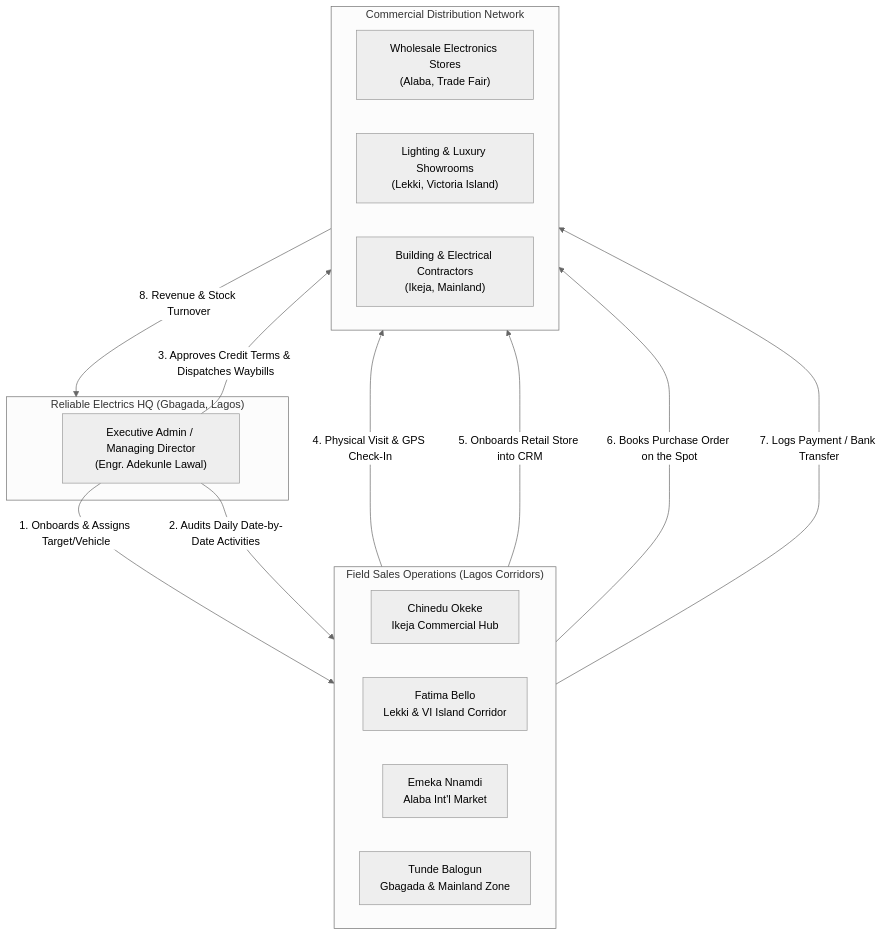
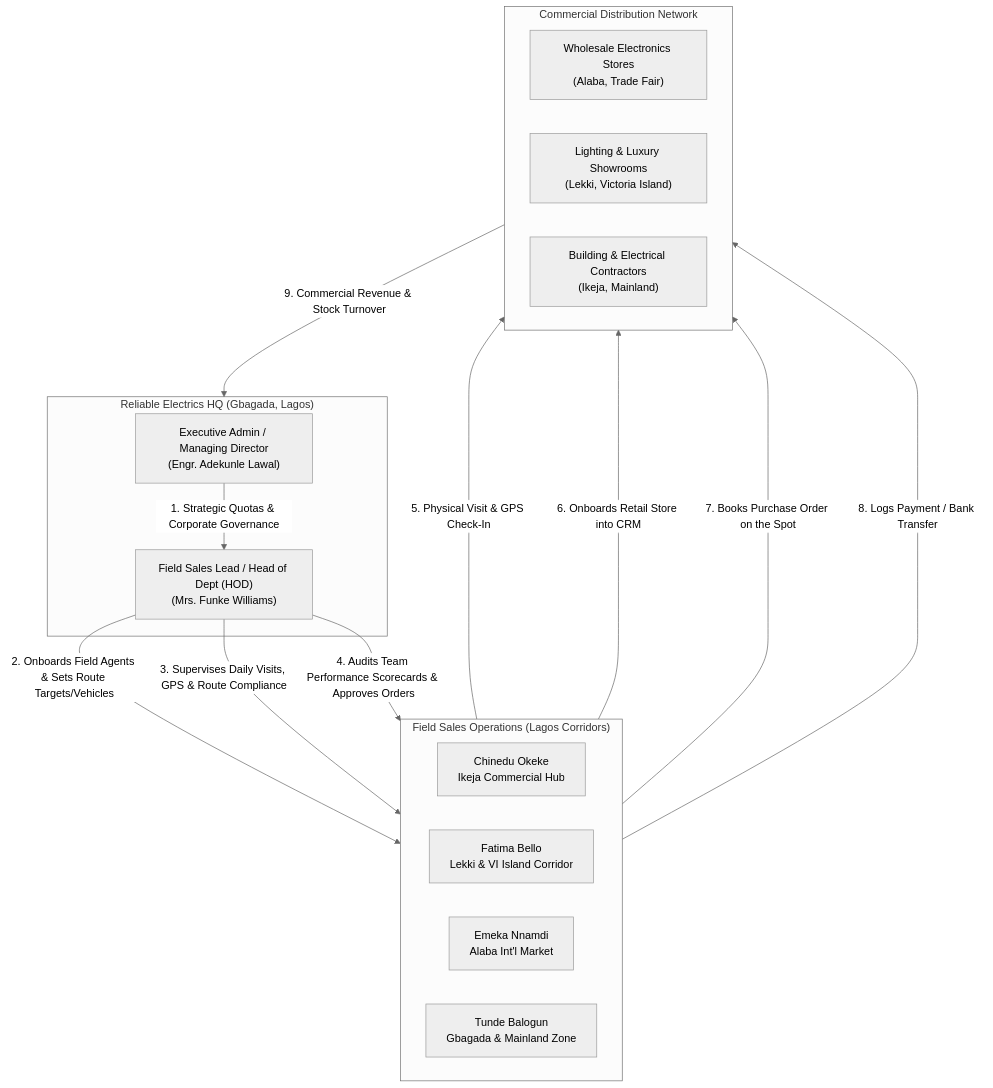
The diagram in DEMO_GUIDE.md (manquadry/Reliable_Electrical_CRM), drawn with Mermaid (neutral theme) before and after one commit. The commit also changed other lines of this file and 15 other files, not shown here.

Commit message:
Add Field Sales Lead (HOD) role with team performance tracking, agent onboarding, and order approval permissions

````diff
--- a/DEMO_GUIDE.md
+++ b/DEMO_GUIDE.md
@@ -30,28 +31,30 @@
 ```mermaid
 flowchart TD
     subgraph HQ["Reliable Electrics HQ (Gbagada, Lagos)"]
         Admin["Executive Admin / Managing Director<br/>(Engr. Adekunle Lawal)"]
+        Lead["Field Sales Lead / Head of Dept (HOD)<br/>(Mrs. Funke Williams)"]
     end
 
     subgraph Field["Field Sales Operations (Lagos Corridors)"]
         FE1["Chinedu Okeke<br/>Ikeja Commercial Hub"]
         FE2["Fatima Bello<br/>Lekki & VI Island Corridor"]
         FE3["Emeka Nnamdi<br/>Alaba Int'l Market"]
         FE4["Tunde Balogun<br/>Gbagada & Mainland Zone"]
     end
 
     subgraph Clients["Commercial Distribution Network"]
         C1["Wholesale Electronics Stores<br/>(Alaba, Trade Fair)"]
         C2["Lighting & Luxury Showrooms<br/>(Lekki, Victoria Island)"]
         C3["Building & Electrical Contractors<br/>(Ikeja, Mainland)"]
     end
 
-    Admin -->|"1. Onboards & Assigns Target/Vehicle"| Field
-    Admin -->|"2. Audits Daily Date-by-Date Activities"| Field
-    Admin -->|"3. Approves Credit Terms & Dispatches Waybills"| Clients
-    Field -->|"4. Physical Visit & GPS Check-In"| Clients
-    Field -->|"5. Onboards Retail Store into CRM"| Clients
-    Field -->|"6. Books Purchase Order on the Spot"| Clients
-    Field -->|"7. Logs Payment / Bank Transfer"| Clients
-    Clients -->|"8. Revenue & Stock Turnover"| HQ
+    Admin -->|"1. Strategic Quotas & Corporate Governance"| Lead
+    Lead -->|"2. Onboards Field Agents & Sets Route Targets/Vehicles"| Field
+    Lead -->|"3. Supervises Daily Visits, GPS & Route Compliance"| Field
+    Lead -->|"4. Audits Team Performance Scorecards & Approves Orders"| Field
+    Field -->|"5. Physical Visit & GPS Check-In"| Clients
+    Field -->|"6. Onboards Retail Store into CRM"| Clients
+    Field -->|"7. Books Purchase Order on the Spot"| Clients
+    Field -->|"8. Logs Payment / Bank Transfer"| Clients
+    Clients -->|"9. Commercial Revenue & Stock Turnover"| HQ
 ```
````
